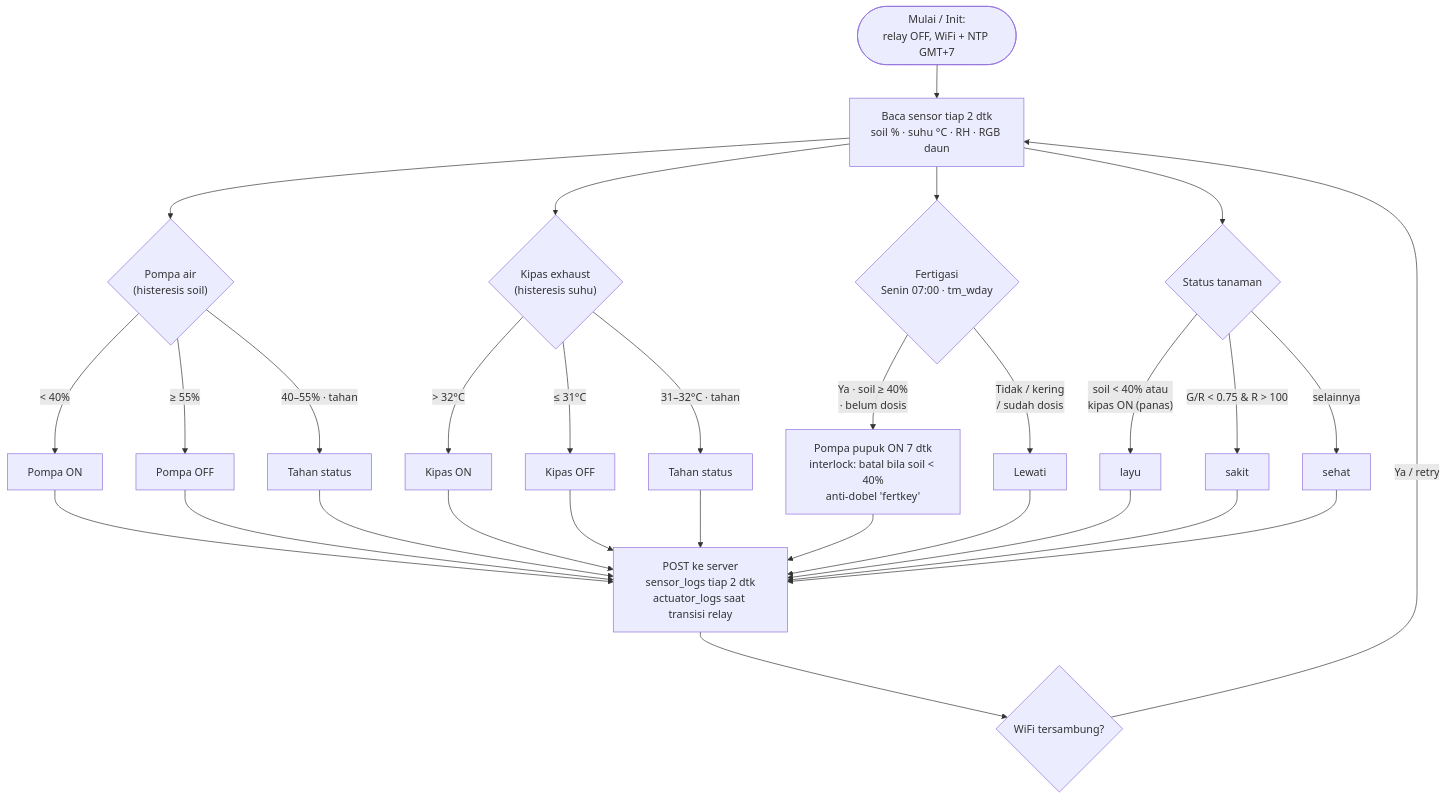
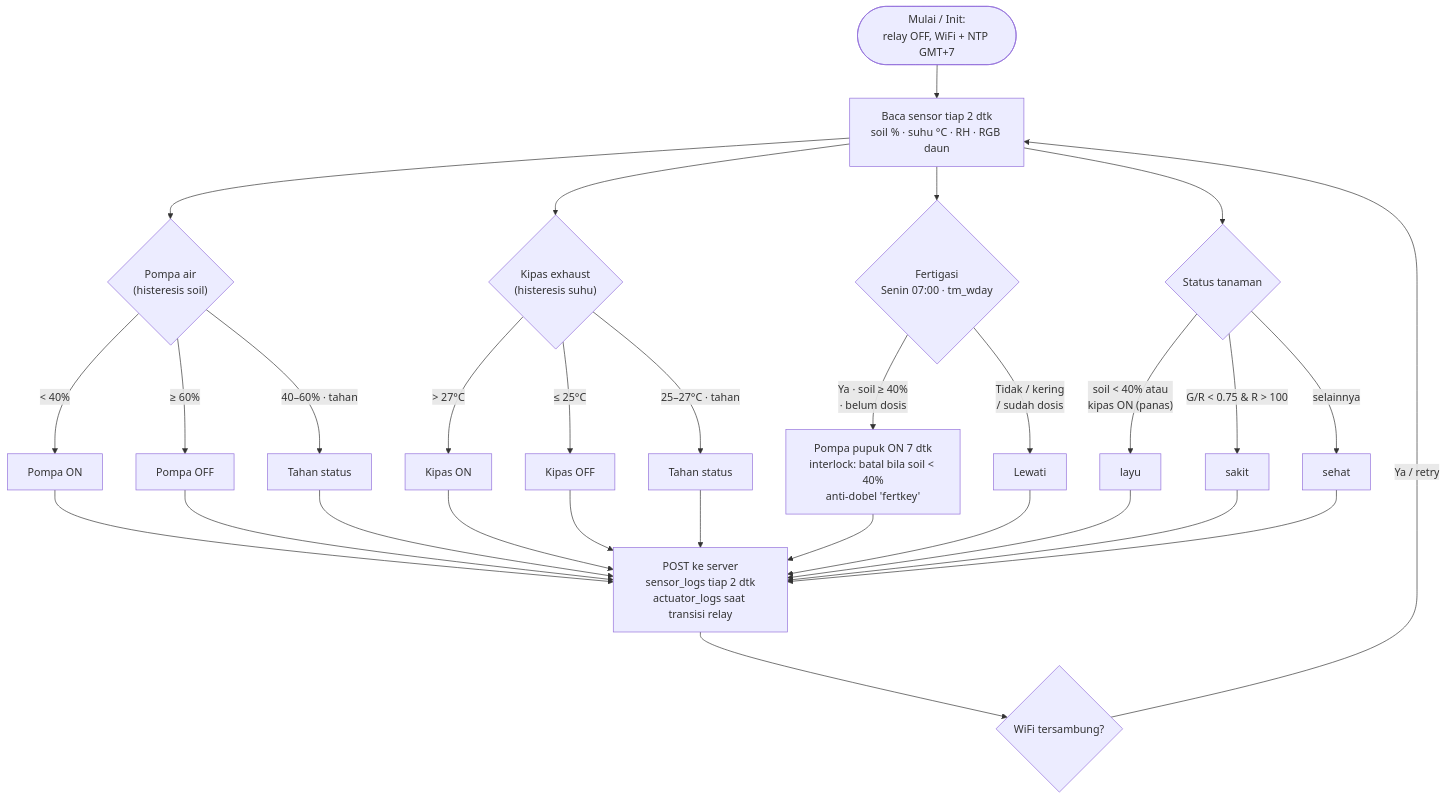
The diagram in calvinvingralterbarunew/gambar/src/flowchart-logika.mmd (KoJYy/sistomate), drawn with Mermaid before and after one commit. The commit also changed 10 other files, not shown here.

```diff
--- a/calvinvingralterbarunew/gambar/src/flowchart-logika.mmd
+++ b/calvinvingralterbarunew/gambar/src/flowchart-logika.mmd
@@ -1,46 +1,46 @@
 %% SISTOMATE — Flowchart logika (layout PARALEL supaya muat 1 halaman A4)
 %% Tiap siklus: baca sensor -> 4 aturan dievaluasi -> POST. Digambar paralel karena
 %% aturannya independen; di firmware code berurutan. Status = baca data siklus yg sama.
 %% Fertigasi pake jadwal MINGGUAN ideal (tm_wday) — bukti: ruling Bab 3.
 %% Render: npx -y @mermaid-js/mermaid-cli -i flowchart-logika.mmd -o ../flowchart-logika.png -b white -s 3
 flowchart TD
     START([Mulai / Init:<br/>relay OFF, WiFi + NTP GMT+7]) --> READ["Baca sensor tiap 2 dtk<br/>soil % · suhu °C · RH · RGB daun"]
 
     READ --> P{"Pompa air<br/>(histeresis soil)"}
     READ --> K{"Kipas exhaust<br/>(histeresis suhu)"}
     READ --> F{"Fertigasi<br/>Senin 07:00 · tm_wday"}
     READ --> S{"Status tanaman"}
 
     %% pompa
     P -->|"< 40%"| P_ON["Pompa ON"]
-    P -->|"≥ 55%"| P_OFF["Pompa OFF"]
-    P -->|"40–55% · tahan"| P_H["Tahan status"]
+    P -->|"≥ 60%"| P_OFF["Pompa OFF"]
+    P -->|"40–60% · tahan"| P_H["Tahan status"]
     P_ON --> POST
     P_OFF --> POST
     P_H --> POST
 
     %% kipas
-    K -->|"> 32°C"| K_ON["Kipas ON"]
-    K -->|"≤ 31°C"| K_OFF["Kipas OFF"]
-    K -->|"31–32°C · tahan"| K_H["Tahan status"]
+    K -->|"> 27°C"| K_ON["Kipas ON"]
+    K -->|"≤ 25°C"| K_OFF["Kipas OFF"]
+    K -->|"25–27°C · tahan"| K_H["Tahan status"]
     K_ON --> POST
     K_OFF --> POST
     K_H --> POST
 
     %% fertigasi (interlock)
     F -->|"Ya · soil ≥ 40%<br/>· belum dosis"| F_DOSE["Pompa pupuk ON 7 dtk<br/>interlock: batal bila soil < 40%<br/>anti-dobel 'fertkey'"]
     F -->|"Tidak / kering<br/>/ sudah dosis"| F_SKIP["Lewati"]
     F_DOSE --> POST
     F_SKIP --> POST
 
     %% status tanaman
     S -->|"soil < 40% atau<br/>kipas ON (panas)"| S_L["layu"]
     S -->|"G/R < 0.75 & R > 100"| S_S["sakit"]
     S -->|"selainnya"| S_O["sehat"]
     S_L --> POST
     S_S --> POST
     S_O --> POST
 
     %% kirim + loop
     POST["POST ke server<br/>sensor_logs tiap 2 dtk<br/>actuator_logs saat transisi relay"] --> W{"WiFi tersambung?"}
     W -->|"Ya / retry"| READ
```
